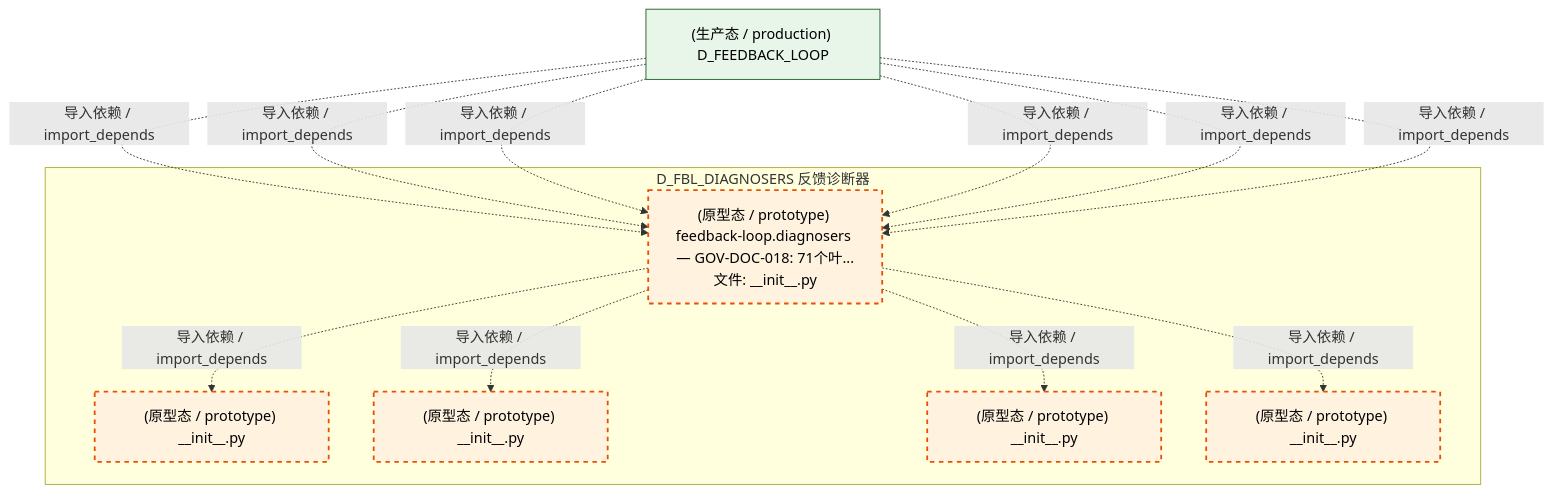
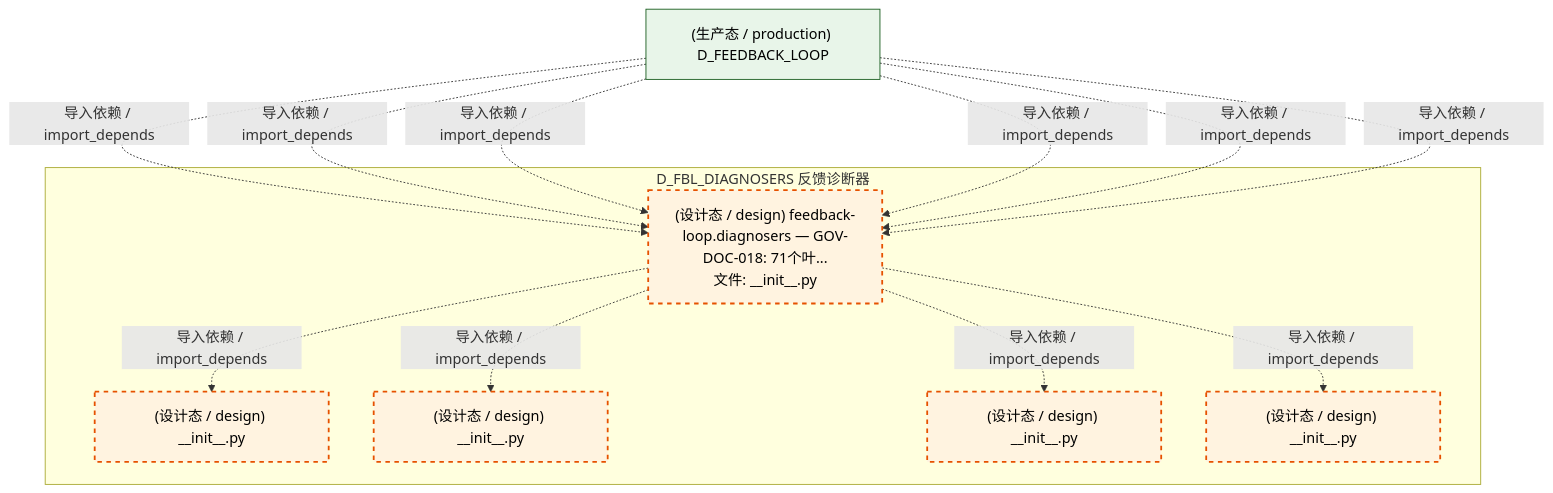
One commit to xuanFelixVan/ZephyrAlpha changed the fifth of 6 diagrams in docs/02_enterprise_architecture/02_domain_architecture_docs/12_d_fbl_diagnosers.md. Above: the diagram before and after it, drawn with Mermaid. The commit also changed other lines of this file and 177 other files, not shown here.

````diff
--- a/docs/02_enterprise_architecture/02_domain_architecture_docs/12_d_fbl_diagnosers.md
+++ b/docs/02_enterprise_architecture/02_domain_architecture_docs/12_d_fbl_diagnosers.md
@@ -371,27 +370,27 @@
 ```mermaid
 graph TD
     subgraph D_FBL_DIAGNOSERS["D_FBL_DIAGNOSERS 反馈诊断器"]
-        src_zephyr_feedback_loop_diagnosers_init_py["(原型态 / prototype) feedback-loop.diagnosers — GOV-DOC-018: 71个叶...<br/>文件: __init__.py"]
-        src_zephyr_feedback_loop_diagnosers_cognitive_init_py["(原型态 / prototype) __init__.py"]
-        src_zephyr_feedback_loop_diagnosers_diagnosis_init_py["(原型态 / prototype) __init__.py"]
-        src_zephyr_feedback_loop_diagnosers_health_init_py["(原型态 / prototype) __init__.py"]
-        src_zephyr_feedback_loop_diagnosers_reliability_init_py["(原型态 / prototype) __init__.py"]
+        src_zephyr_feedback_loop_diagnosers_init_py["(设计态 / design) feedback-loop.diagnosers — GOV-DOC-018: 71个叶...<br/>文件: __init__.py"]
+        src_zephyr_feedback_loop_diagnosers_cognitive_init_py["(设计态 / design) __init__.py"]
+        src_zephyr_feedback_loop_diagnosers_diagnosis_init_py["(设计态 / design) __init__.py"]
+        src_zephyr_feedback_loop_diagnosers_health_init_py["(设计态 / design) __init__.py"]
+        src_zephyr_feedback_loop_diagnosers_reliability_init_py["(设计态 / design) __init__.py"]
     end
     src_zephyr_feedback_loop_diagnosers_init_py -.->|导入依赖 / import_depends| src_zephyr_feedback_loop_diagnosers_cognitive_init_py
     src_zephyr_feedback_loop_diagnosers_init_py -.->|导入依赖 / import_depends| src_zephyr_feedback_loop_diagnosers_diagnosis_init_py
     src_zephyr_feedback_loop_diagnosers_init_py -.->|导入依赖 / import_depends| src_zephyr_feedback_loop_diagnosers_health_init_py
     src_zephyr_feedback_loop_diagnosers_init_py -.->|导入依赖 / import_depends| src_zephyr_feedback_loop_diagnosers_reliability_init_py
     D_FEEDBACK_LOOP["(生产态 / production) D_FEEDBACK_LOOP"]
     D_FEEDBACK_LOOP -.->|导入依赖 / import_depends| src_zephyr_feedback_loop_diagnosers_init_py
     D_FEEDBACK_LOOP -.->|导入依赖 / import_depends| src_zephyr_feedback_loop_diagnosers_init_py
     D_FEEDBACK_LOOP -.->|导入依赖 / import_depends| src_zephyr_feedback_loop_diagnosers_init_py
     D_FEEDBACK_LOOP -.->|导入依赖 / import_depends| src_zephyr_feedback_loop_diagnosers_init_py
     D_FEEDBACK_LOOP -.->|导入依赖 / import_depends| src_zephyr_feedback_loop_diagnosers_init_py
     D_FEEDBACK_LOOP -.->|导入依赖 / import_depends| src_zephyr_feedback_loop_diagnosers_init_py
     classDef production fill:#e1f5fe,stroke:#01579b,stroke-width:2px,color:#000
     classDef design fill:#fff3e0,stroke:#e65100,stroke-width:2px,color:#000,stroke-dasharray: 5 5
     classDef external_prod fill:#e8f5e9,stroke:#1b5e20,stroke-width:1px,color:#000
     classDef external_design fill:#fce4ec,stroke:#880e4f,stroke-width:1px,color:#000,stroke-dasharray: 5 5
     class src_zephyr_feedback_loop_diagnosers_init_py,src_zephyr_feedback_loop_diagnosers_cognitive_init_py,src_zephyr_feedback_loop_diagnosers_diagnosis_init_py,src_zephyr_feedback_loop_diagnosers_health_init_py,src_zephyr_feedback_loop_diagnosers_reliability_init_py design
     class D_FEEDBACK_LOOP external_prod
 ```
````
